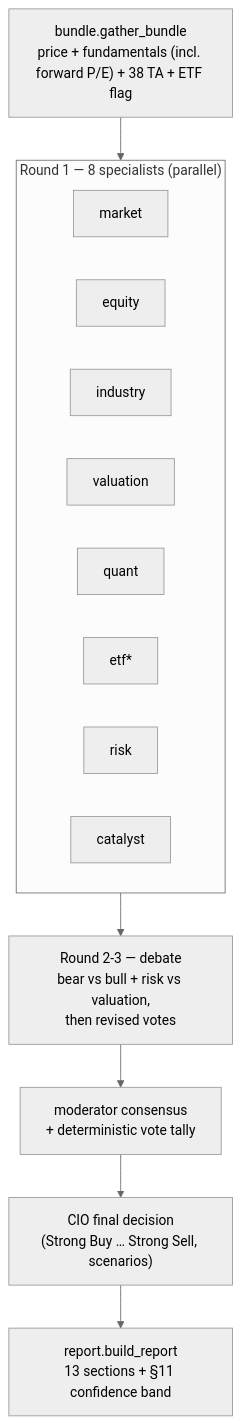
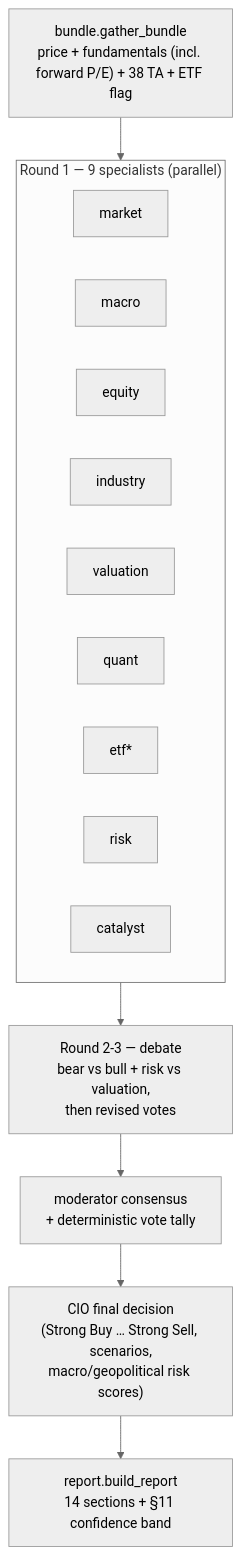
Before and after one commit to cloudaipro/CIOAgent: the fifth of 6 diagrams in docs/TECHNICAL_REPORT.md, drawn with Mermaid (neutral theme). The commit also changed other lines of this file and 18 other files, not shown here.

````diff
--- a/docs/TECHNICAL_REPORT.md
+++ b/docs/TECHNICAL_REPORT.md
@@ -310,12 +310,12 @@
 ```mermaid
 flowchart TD
     BD["bundle.gather_bundle<br/>price + fundamentals (incl. forward P/E) + 38 TA + ETF flag"] --> SP
-    subgraph SP["Round 1 — 8 specialists (parallel)"]
-        M[market]; E[equity]; I[industry]; V[valuation]
+    subgraph SP["Round 1 — 9 specialists (parallel)"]
+        M[market]; MAC[macro]; E[equity]; I[industry]; V[valuation]
         Q[quant]; ETF[etf*]; R[risk]; C[catalyst]
     end
     SP --> DEB["Round 2-3 — debate<br/>bear vs bull + risk vs valuation,<br/>then revised votes"]
     DEB --> CON["moderator consensus<br/>+ deterministic vote tally"]
-    CON --> CIO["CIO final decision<br/>(Strong Buy … Strong Sell, scenarios)"]
-    CIO --> REP["report.build_report<br/>13 sections + §11 confidence band"]
+    CON --> CIO["CIO final decision<br/>(Strong Buy … Strong Sell, scenarios,<br/>macro/geopolitical risk scores)"]
+    CIO --> REP["report.build_report<br/>14 sections + §11 confidence band"]
 ```
````
